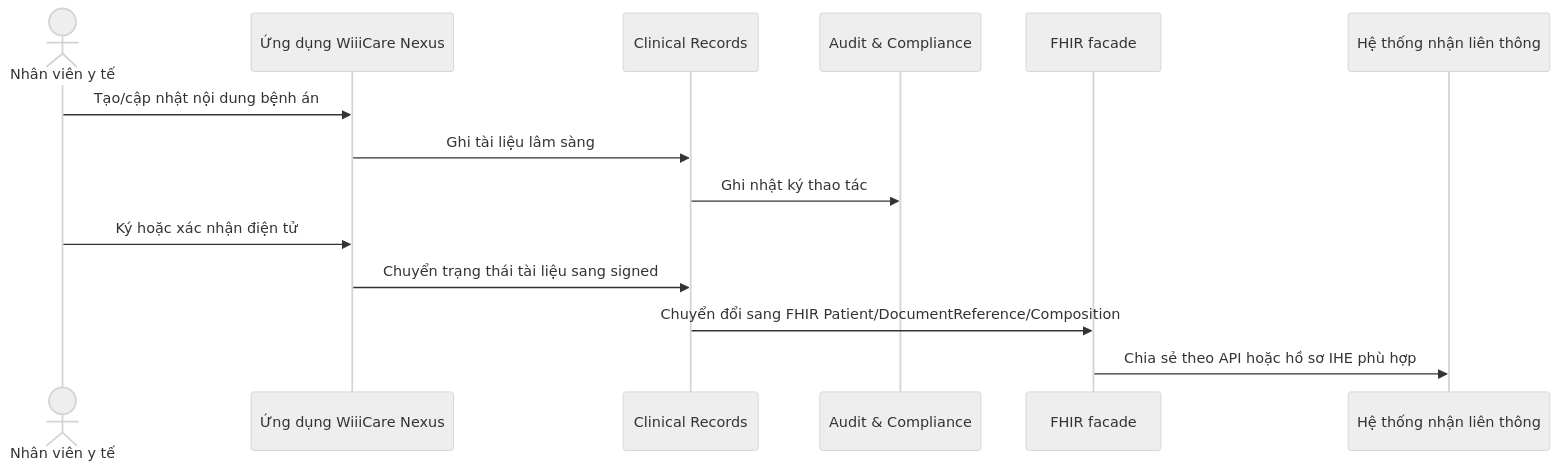
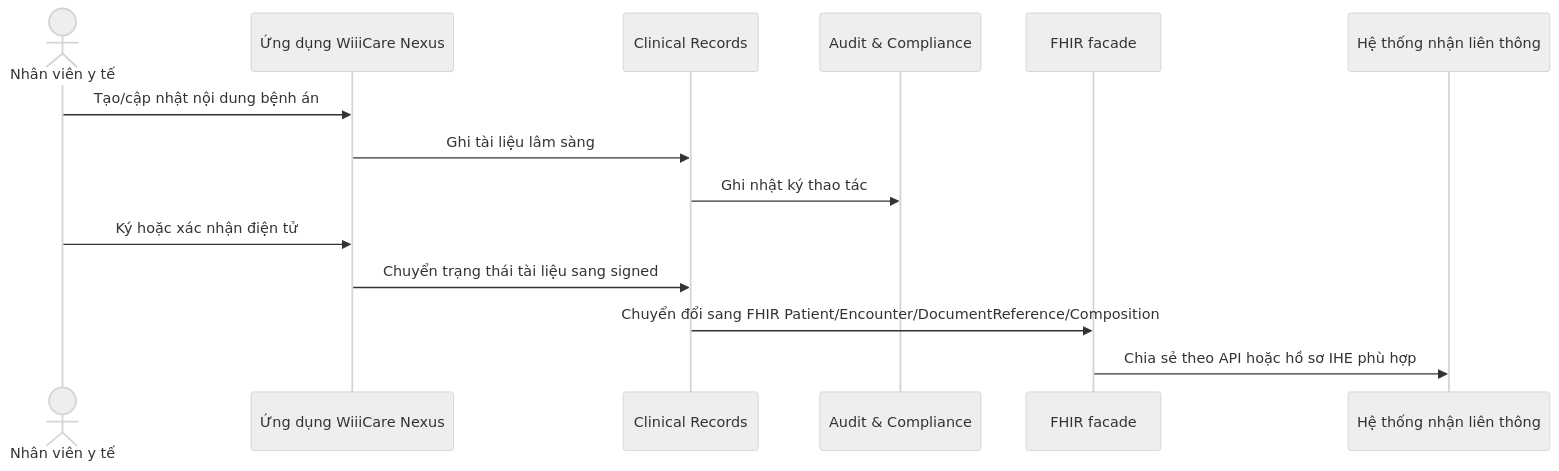
The second of 2 diagrams in docs/ARCHITECTURE.md (meiiie/benh_vien), drawn with Mermaid (neutral theme) before and after one commit. The commit also changed other lines of this file and 27 other files, not shown here.

Commit message:
feat: add encounter patient workspace

````diff
--- a/docs/ARCHITECTURE.md
+++ b/docs/ARCHITECTURE.md
@@ -58,17 +58,17 @@
 ```mermaid
 sequenceDiagram
   actor User as Nhân viên y tế
   participant App as Ứng dụng WiiiCare Nexus
   participant EMR as Clinical Records
   participant Audit as Audit & Compliance
   participant FHIR as FHIR facade
   participant Partner as Hệ thống nhận liên thông
 
   User->>App: Tạo/cập nhật nội dung bệnh án
   App->>EMR: Ghi tài liệu lâm sàng
   EMR->>Audit: Ghi nhật ký thao tác
   User->>App: Ký hoặc xác nhận điện tử
   App->>EMR: Chuyển trạng thái tài liệu sang signed
-  EMR->>FHIR: Chuyển đổi sang FHIR Patient/DocumentReference/Composition
+  EMR->>FHIR: Chuyển đổi sang FHIR Patient/Encounter/DocumentReference/Composition
   FHIR->>Partner: Chia sẻ theo API hoặc hồ sơ IHE phù hợp
 ```
````
